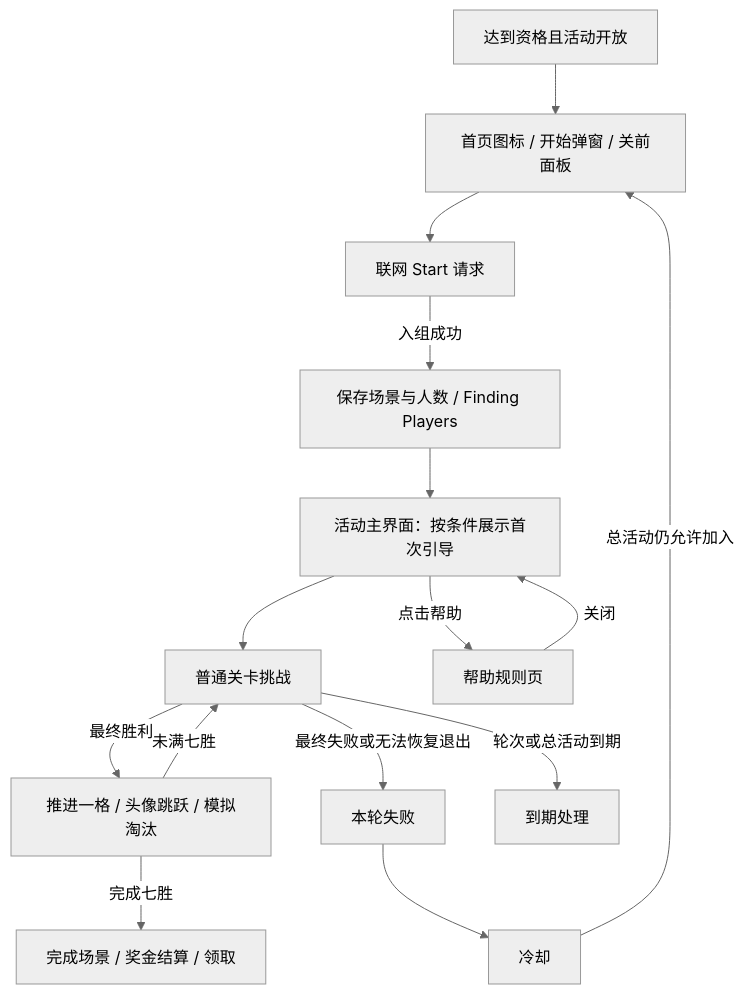
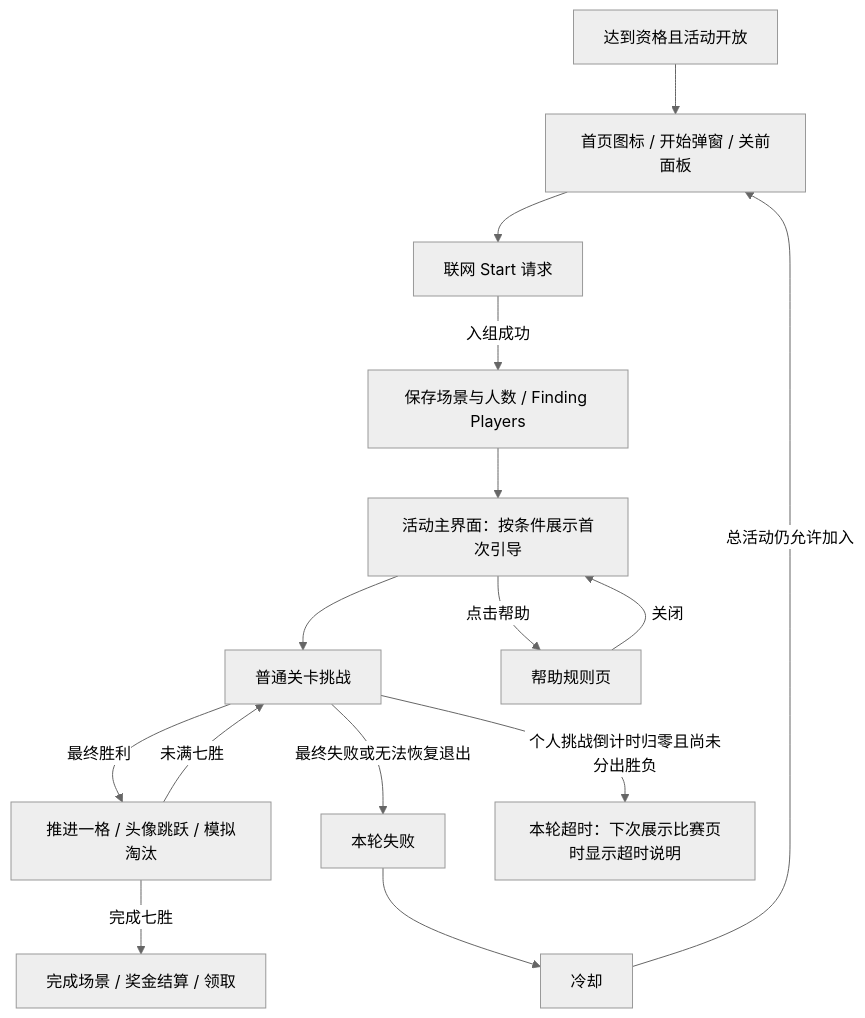
Before and after one commit to njbyxqw/LibraryG: the diagram in 02-PROJECTS/产品分析/Royal Match/活动/Lava Quest/README.md, drawn with Mermaid (neutral theme). The commit also changed 51 other files, not shown here.

````diff
--- a/02-PROJECTS/产品分析/Royal Match/活动/Lava Quest/README.md
+++ b/02-PROJECTS/产品分析/Royal Match/活动/Lava Quest/README.md
@@ -47,17 +47,17 @@
 ```mermaid
 flowchart TD
     A[达到资格且活动开放] --> B[首页图标 / 开始弹窗 / 关前面板]
     B --> C[联网 Start 请求]
     C -->|入组成功| D[保存场景与人数 / Finding Players]
     D --> M[活动主界面：按条件展示首次引导]
     M --> E[普通关卡挑战]
     M -->|点击帮助| N[帮助规则页]
     N -->|关闭| M
     E -->|最终胜利| F[推进一格 / 头像跳跃 / 模拟淘汰]
     F -->|未满七胜| E
     F -->|完成七胜| G[完成场景 / 奖金结算 / 领取]
     E -->|最终失败或无法恢复退出| H[本轮失败]
     H --> I[冷却]
     I -->|总活动仍允许加入| B
-    E -->|轮次或总活动到期| J[到期处理]
+    E -->|个人挑战倒计时归零且尚未分出胜负| J[本轮超时：下次展示比赛页时显示超时说明]
 ```
````
